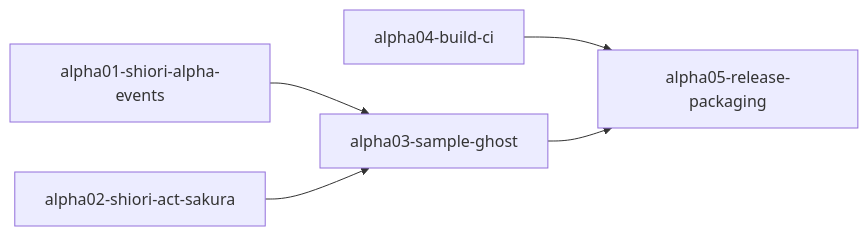
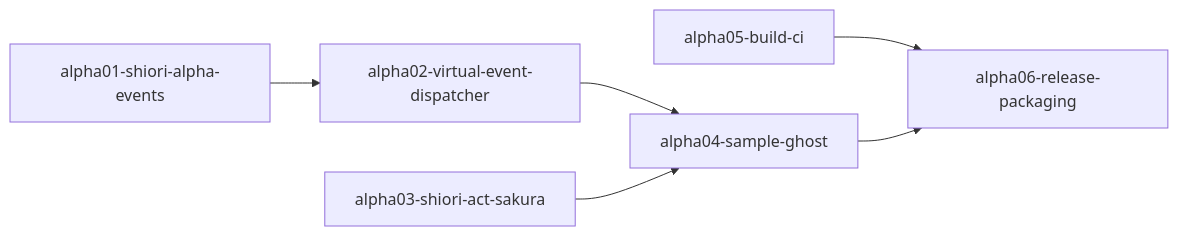
The diagram in .kiro/specs/alpha-release-planning/gap-analysis.md (ekicyou/pasta), drawn with Mermaid before and after one commit. The commit also changed other lines of this file and 8 other files, not shown here.

````diff
--- a/.kiro/specs/alpha-release-planning/gap-analysis.md
+++ b/.kiro/specs/alpha-release-planning/gap-analysis.md
@@ -236,7 +240,8 @@
 ```mermaid
 graph LR
-    A[alpha01-shiori-alpha-events] --> C[alpha03-sample-ghost]
-    B[alpha02-shiori-act-sakura] --> C
-    D[alpha04-build-ci] --> E[alpha05-release-packaging]
-    C --> E
+    A[alpha01-shiori-alpha-events] --> B[alpha02-virtual-event-dispatcher]
+    B --> D[alpha04-sample-ghost]
+    C[alpha03-shiori-act-sakura] --> D
+    E[alpha05-build-ci] --> F[alpha06-release-packaging]
+    D --> F
 ```
````
